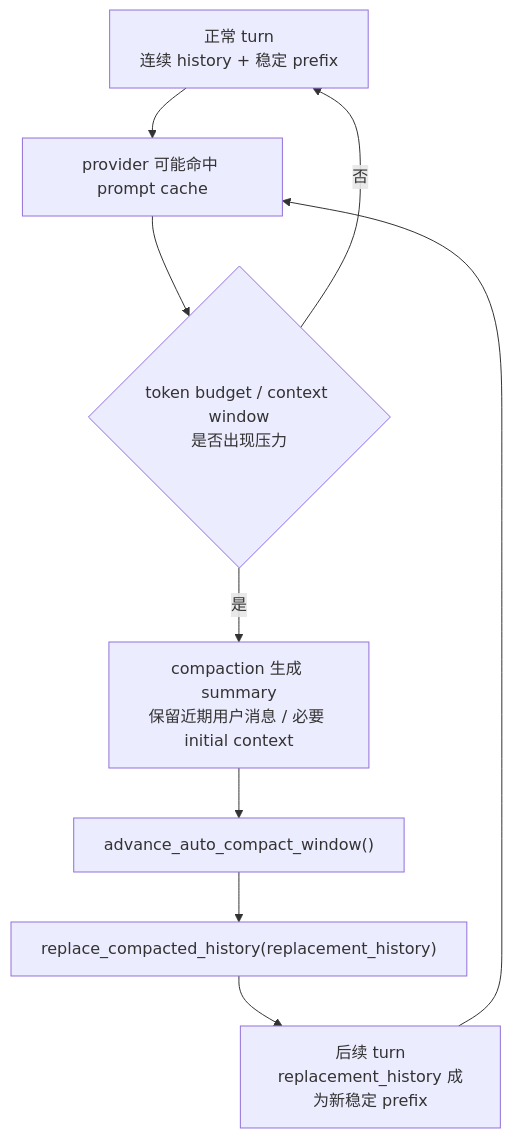
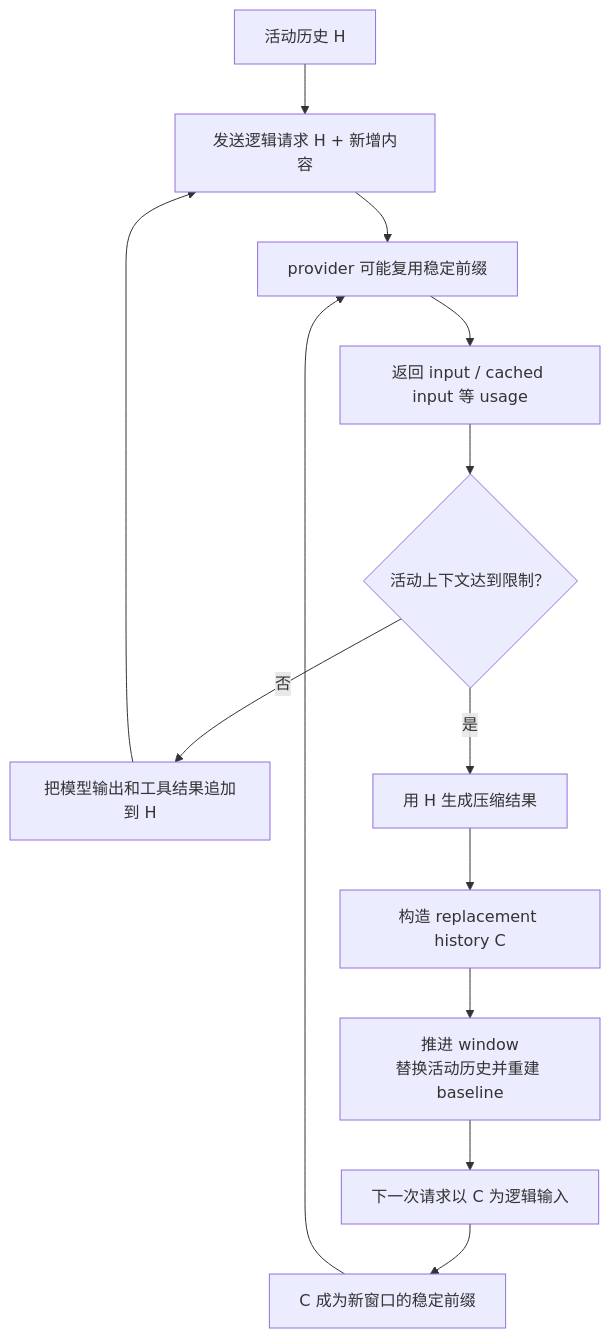
Before and after one commit to luochang212/codex-notebook: the diagram in website/docs/qa/prompt-cache-compaction.mdx, drawn with Mermaid. The commit also changed other lines of this file and 9 other files, not shown here.

````diff
--- a/website/docs/qa/prompt-cache-compaction.mdx
+++ b/website/docs/qa/prompt-cache-compaction.mdx
@@ -20,11 +31,15 @@
 ```mermaid
 flowchart TD
-  A["正常 turn<br/>连续 history + 稳定 prefix"] --> B["provider 可能命中 prompt cache"]
-  B --> C{"token budget / context window<br/>是否出现压力"}
-  C -->|否| A
-  C -->|是| D["compaction 生成 summary<br/>保留近期用户消息 / 必要 initial context"]
-  D --> E["advance_auto_compact_window()"]
-  E --> F["replace_compacted_history(replacement_history)"]
-  F --> G["后续 turn<br/>replacement_history 成为新稳定 prefix"]
-  G --> B
+  A["活动历史 H"] --> B["发送逻辑请求 H + 新增内容"]
+  B --> C["provider 可能复用稳定前缀"]
+  C --> D["返回 input / cached input 等 usage"]
+  D --> E{"活动上下文达到限制？"}
+  E -->|否| F["把模型输出和工具结果追加到 H"]
+  F --> B
+  E -->|是| G["用 H 生成压缩结果"]
+  G --> I["构造 replacement history C"]
+  I --> J["推进 window<br/>替换活动历史并重建 baseline"]
+  J --> K["下一次请求以 C 为逻辑输入"]
+  K --> L["C 成为新窗口的稳定前缀"]
+  L --> C
 ```
````
